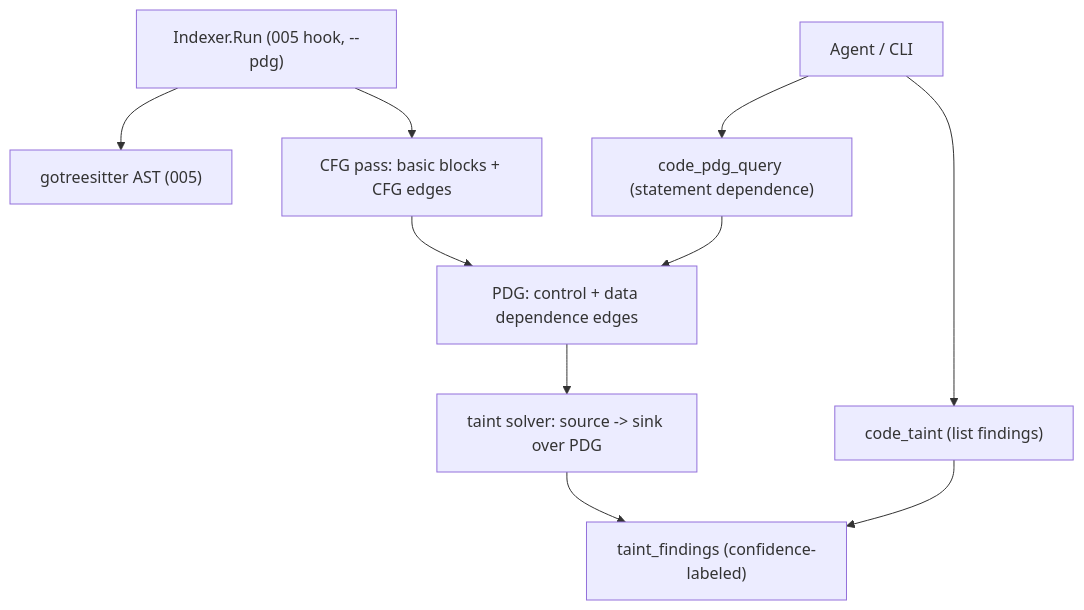
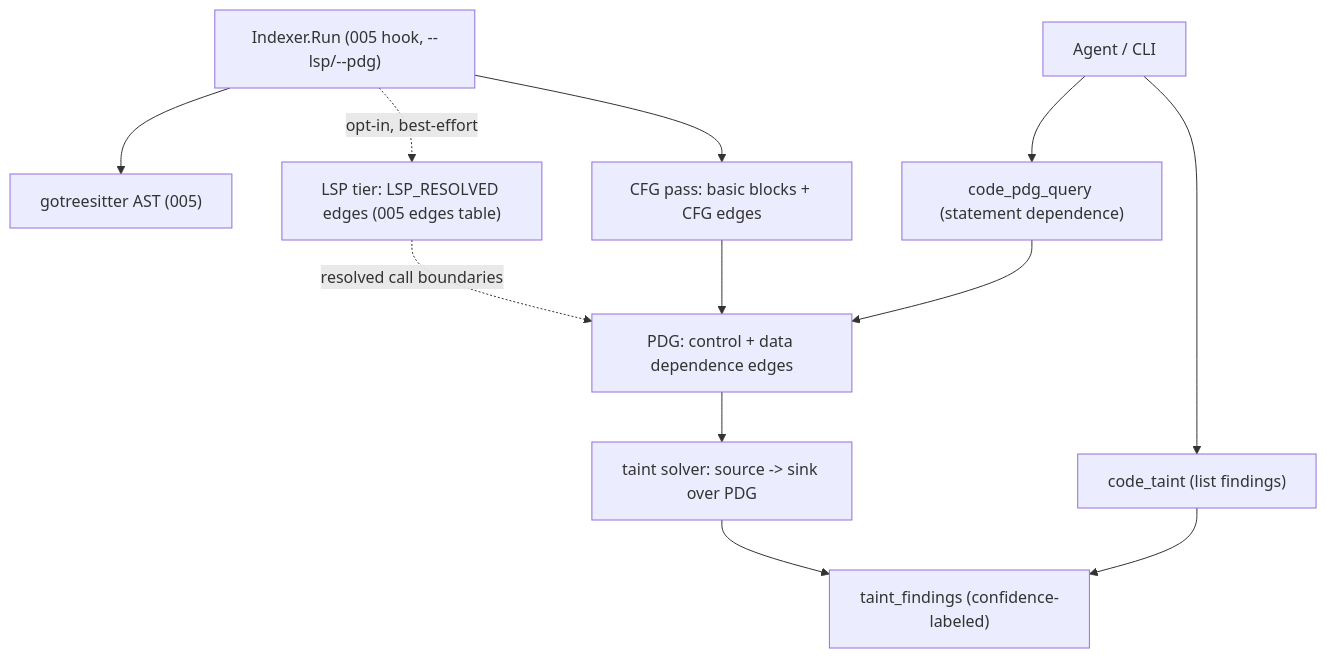
The diagram in docs/skillgrid/changes/011-mnemonic-pdg-taint/change.md (devopstales/aiskillgrid), drawn with Mermaid before and after one commit. The commit also changed other lines of this file and 3 other files, not shown here.

````diff
--- a/docs/skillgrid/changes/011-mnemonic-pdg-taint/change.md
+++ b/docs/skillgrid/changes/011-mnemonic-pdg-taint/change.md
@@ -159,12 +169,14 @@
 ```mermaid
 flowchart TD
-  indexRun["Indexer.Run (005 hook, --pdg)"] --> ast["gotreesitter AST (005)"]
+  indexRun["Indexer.Run (005 hook, --lsp/--pdg)"] --> ast["gotreesitter AST (005)"]
+  indexRun -. "opt-in, best-effort" .-> lsp["LSP tier: LSP_RESOLVED edges (005 edges table)"]
+  lsp -. "resolved call boundaries" .-> pdg
   indexRun --> cfg["CFG pass: basic blocks + CFG edges"]
   cfg --> pdg["PDG: control + data dependence edges"]
   pdg --> taint["taint solver: source -> sink over PDG"]
   taint --> findings["taint_findings (confidence-labeled)"]
   agent["Agent / CLI"] --> taintTool["code_taint (list findings)"]
   agent --> pdgTool["code_pdg_query (statement dependence)"]
   taintTool --> findings
   pdgTool --> pdg
 ```
````
